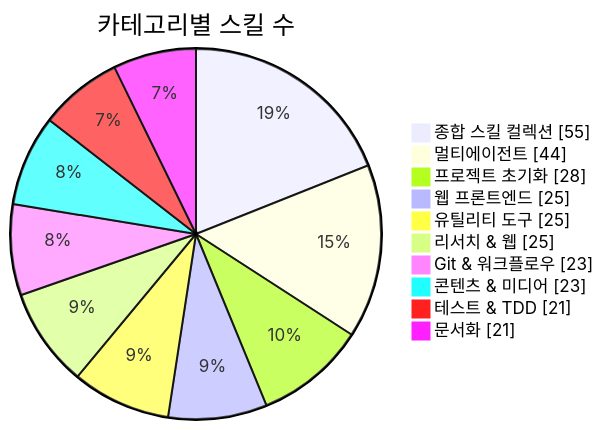
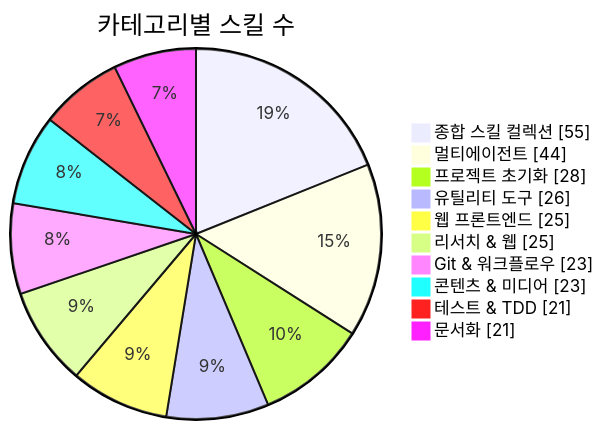
Before and after one commit to J-nowcow/awesome-korean-agent-skills: the first of 3 diagrams in README.md, drawn with Mermaid. The commit also changed other lines of this file and 3 other files, not shown here.

````diff
--- a/README.md
+++ b/README.md
@@ -176,14 +176,14 @@
 ```mermaid
 pie showData
     title 카테고리별 스킬 수
     "종합 스킬 컬렉션" : 55
     "멀티에이전트" : 44
     "프로젝트 초기화" : 28
+    "유틸리티 도구" : 26
     "웹 프론트엔드" : 25
-    "유틸리티 도구" : 25
     "리서치 & 웹" : 25
     "Git & 워크플로우" : 23
     "콘텐츠 & 미디어" : 23
     "테스트 & TDD" : 21
     "문서화" : 21
 ```
````
